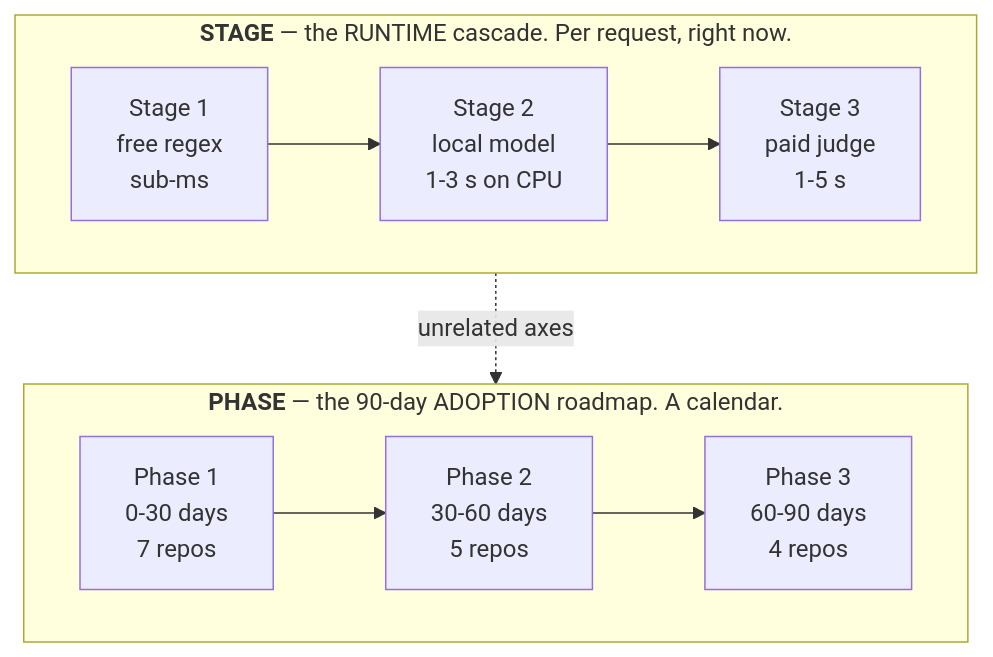
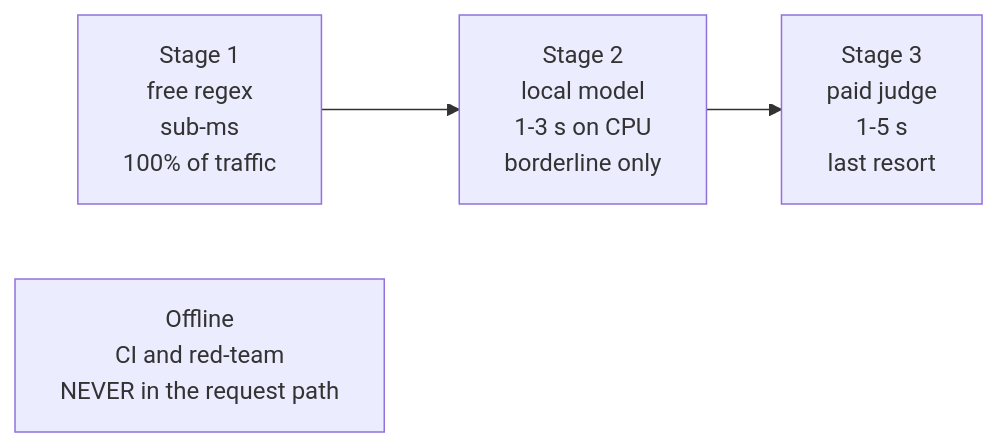
Before and after one commit to saimuthiki/RAI_AFNI: the second of 4 diagrams in rai_platform/docs/00-architecture.md, drawn with Mermaid. The commit also changed other lines of this file and 25 other files, not shown here.

First line of the commit message:
Remove the 90-day phase apparatus; build the platform in one pass

````diff
--- a/rai_platform/docs/00-architecture.md
+++ b/rai_platform/docs/00-architecture.md
@@ -153,12 +159,6 @@
 ```mermaid
-flowchart TB
-    subgraph STAGE["<b>STAGE</b> — the RUNTIME cascade. Per request, right now."]
-      direction LR
-      S1["Stage 1<br/>free regex<br/>sub-ms"] --> S2["Stage 2<br/>local model<br/>1-3 s on CPU"] --> S3["Stage 3<br/>paid judge<br/>1-5 s"]
-    end
-    subgraph PHASE["<b>PHASE</b> — the 90-day ADOPTION roadmap. A calendar."]
-      direction LR
-      P1["Phase 1<br/>0-30 days<br/>7 repos"] --> P2["Phase 2<br/>30-60 days<br/>5 repos"] --> P3["Phase 3<br/>60-90 days<br/>4 repos"]
-    end
-    STAGE -.->|"unrelated axes"| PHASE
+flowchart LR
+    S1["Stage 1<br/>free regex<br/>sub-ms<br/>100% of traffic"] --> S2["Stage 2<br/>local model<br/>1-3 s on CPU<br/>borderline only"]
+    S2 --> S3["Stage 3<br/>paid judge<br/>1-5 s<br/>last resort"]
+    OFF["Offline<br/>CI and red-team<br/>NEVER in the request path"]
 ```
````
